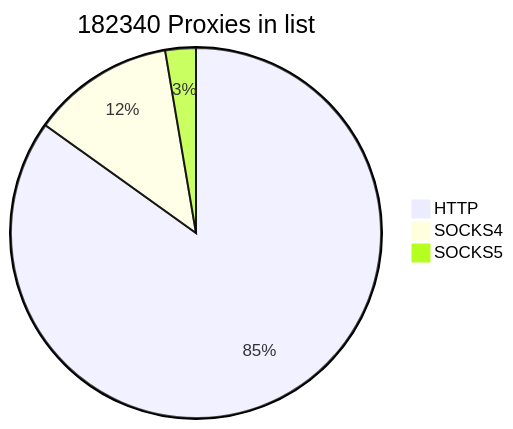
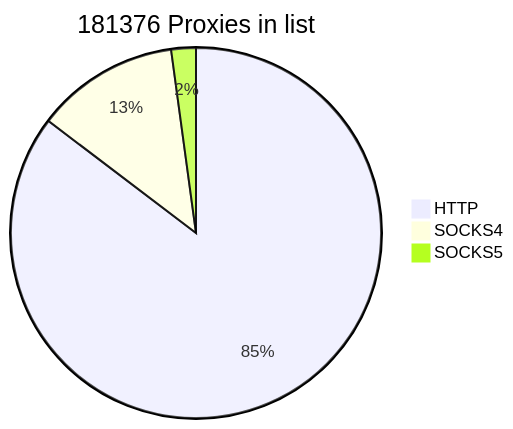
The first of 2 diagrams in README.md (cutipu/proxylist), drawn with Mermaid before and after one commit. The commit also changed other lines of this file, not shown here.

````diff
--- a/README.md
+++ b/README.md
@@ -2,7 +2,7 @@
 ```mermaid
-pie title 182340 Proxies in list
+pie title 181376 Proxies in list
     "HTTP" : 154785
-    "SOCKS4" : 22686
-    "SOCKS5" : 4869
+    "SOCKS4" : 22687
+    "SOCKS5" : 3904
             
 ```
````
